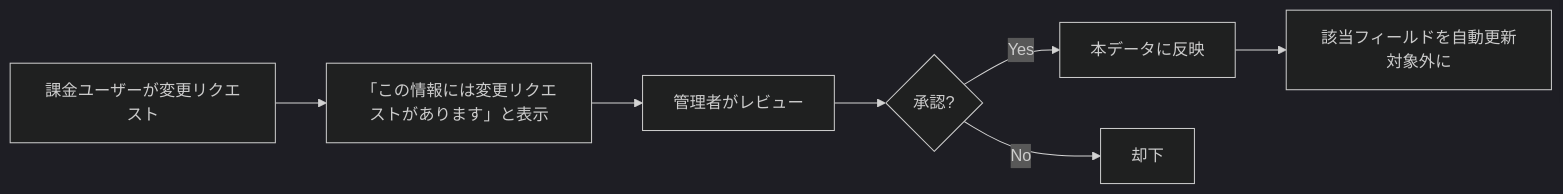
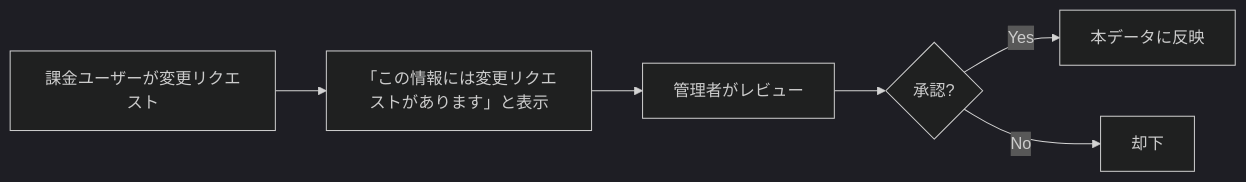
The first of 2 diagrams in docs/SPEC_BILLING_AND_CHANGE_REQUESTS.md (bokuno-studio/YabaiTravel), drawn with Mermaid (dark theme) before and after one commit. The commit also changed other lines of this file and 2 other files, not shown here.

````diff
--- a/docs/SPEC_BILLING_AND_CHANGE_REQUESTS.md
+++ b/docs/SPEC_BILLING_AND_CHANGE_REQUESTS.md
@@ -14,9 +14,8 @@
 ```mermaid
 flowchart LR
     A[課金ユーザーが変更リクエスト] --> B[「この情報には変更リクエストがあります」と表示]
     B --> C[管理者がレビュー]
     C --> D{承認?}
     D -->|Yes| E[本データに反映]
     D -->|No| F[却下]
-    E --> G[該当フィールドを自動更新対象外に]
 ```
````
